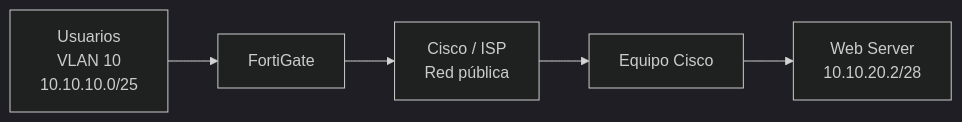
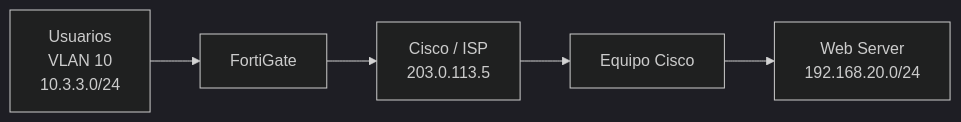
Before and after one commit to Amauryf18/Seguridad-de-Redes-ITLA: the diagram in Infraestructura-2-FortiGate-Cisco-S2S/documentacion/02-topologia-y-direccionamiento.md, drawn with Mermaid (dark theme). The commit also changed other lines of this file, not shown here.

````diff
--- a/Infraestructura-2-FortiGate-Cisco-S2S/documentacion/02-topologia-y-direccionamiento.md
+++ b/Infraestructura-2-FortiGate-Cisco-S2S/documentacion/02-topologia-y-direccionamiento.md
@@ -3,7 +3,7 @@
 ```mermaid
 flowchart LR
-    U[Usuarios<br/>VLAN 10<br/>10.10.10.0/25] --> F[FortiGate]
-    F --> I[Cisco / ISP<br/>Red pública]
+    U[Usuarios<br/>VLAN 10<br/>10.3.3.0/24] --> F[FortiGate]
+    F --> I[Cisco / ISP<br/>203.0.113.5]
     I --> C[Equipo Cisco]
-    C --> W[Web Server<br/>10.10.20.2/28]
+    C --> W[Web Server<br/>192.168.20.0/24]
 ```
````
